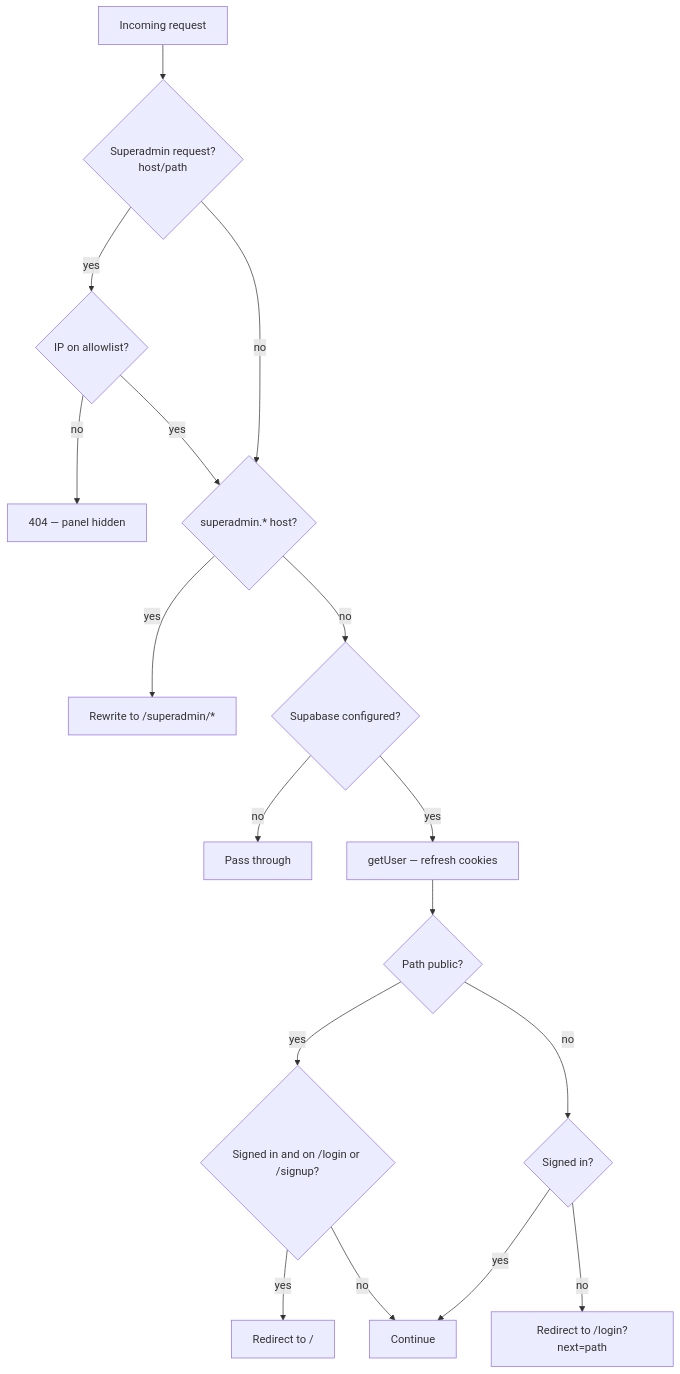
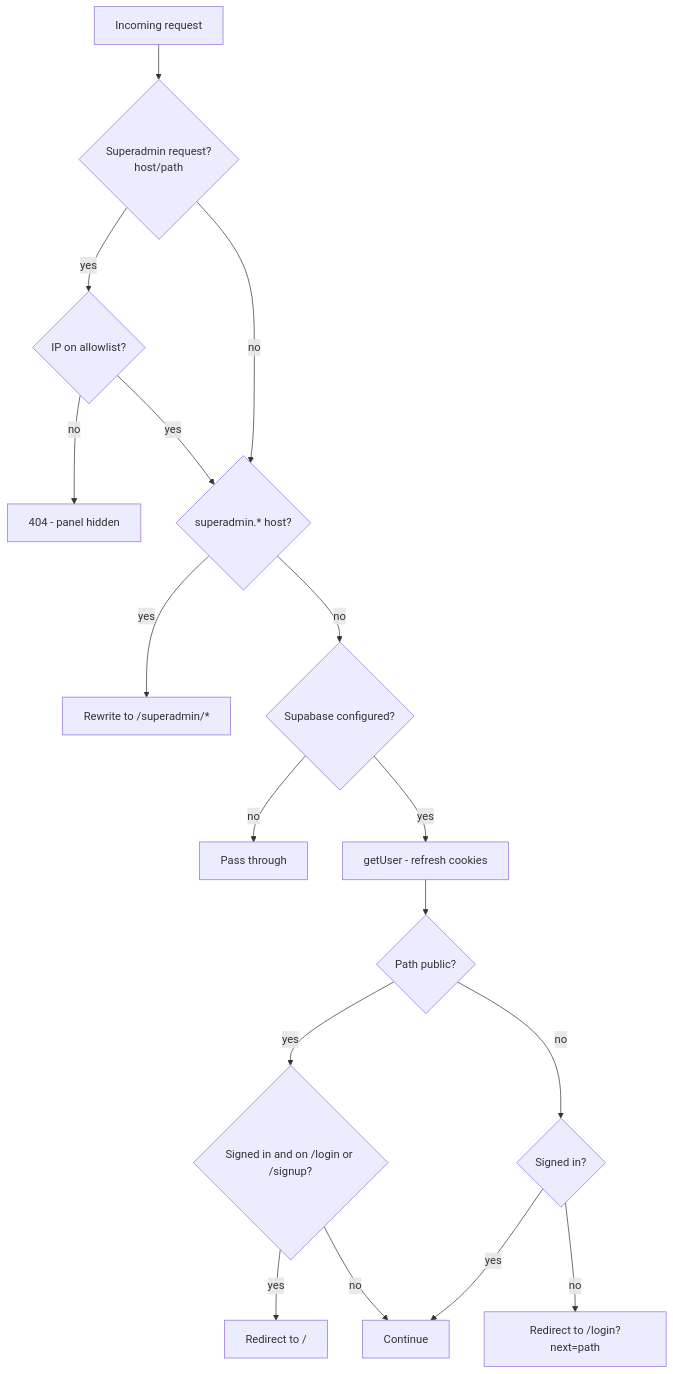
The diagram in backend/middleware.mdx (biplobghatak/documentation), drawn with Mermaid before and after one commit. The commit also changed other lines of this file and 83 other files, not shown here.

````diff
--- a/backend/middleware.mdx
+++ b/backend/middleware.mdx
@@ -216,19 +216,19 @@
 ```mermaid
 flowchart TD
   A[Incoming request] --> B{Superadmin request?<br/>host/path}
   B -- yes --> C{IP on allowlist?}
-  C -- no --> D[404 — panel hidden]
+  C -- no --> D[404 - panel hidden]
   C -- yes --> E
   B -- no --> E{superadmin.* host?}
   E -- yes --> F[Rewrite to /superadmin/*]
   E -- no --> G{Supabase configured?}
   G -- no --> H[Pass through]
-  G -- yes --> I[getUser — refresh cookies]
+  G -- yes --> I[getUser - refresh cookies]
   I --> J{Path public?}
   J -- yes --> K{Signed in and on /login or /signup?}
   K -- yes --> L[Redirect to /]
   K -- no --> M[Continue]
   J -- no --> N{Signed in?}
   N -- no --> O[Redirect to /login?next=path]
   N -- yes --> M
 ```
````
